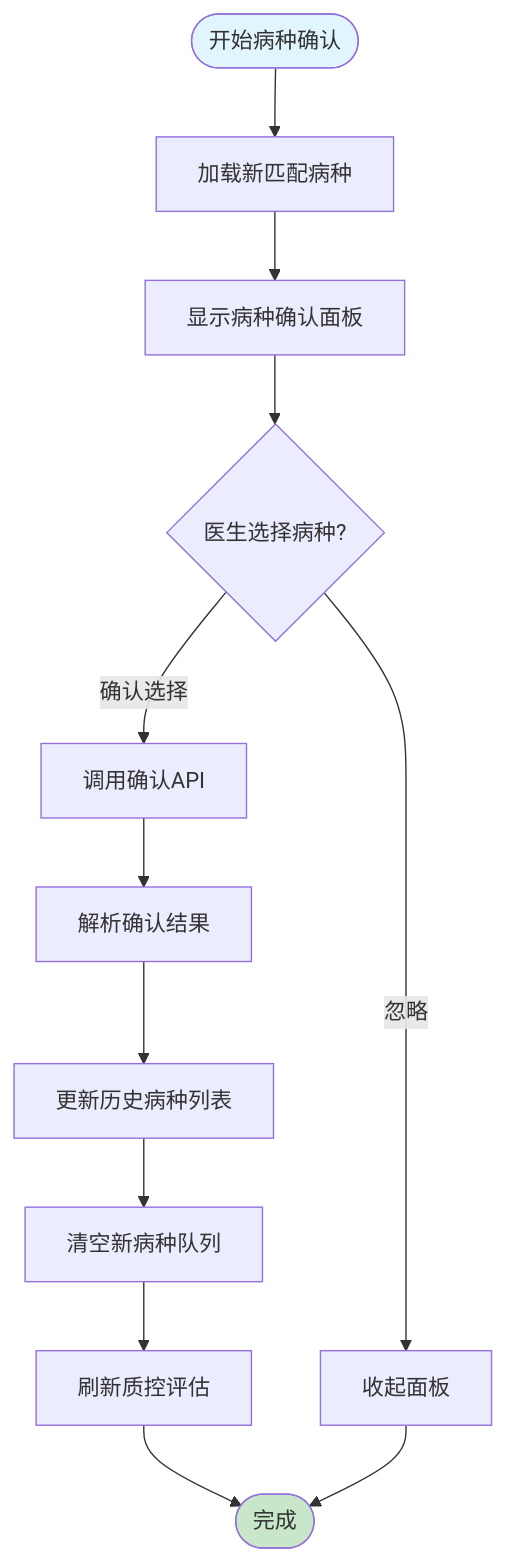
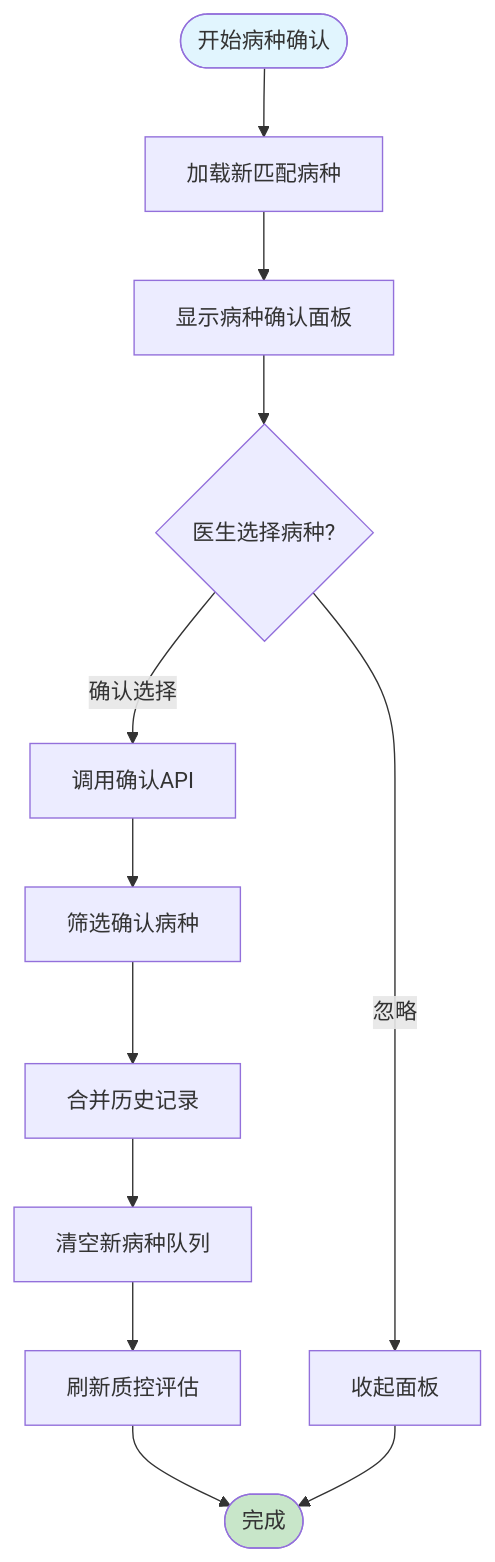
Before and after one commit to liuzh2008/med_ai_assistant_workspace: the fourth of 10 diagrams in .qoder/repowiki/zh/content/临床指引Tab.md, drawn with Mermaid. The commit also changed other lines of this file and 5 other files, not shown here.

````diff
--- a/.qoder/repowiki/zh/content/临床指引Tab.md
+++ b/.qoder/repowiki/zh/content/临床指引Tab.md
@@ -182,16 +237,16 @@
 ```mermaid
 flowchart TD
 Start([开始病种确认]) --> LoadData[加载新匹配病种]
 LoadData --> ShowPanel[显示病种确认面板]
 ShowPanel --> UserSelect{医生选择病种?}
 UserSelect --> |确认选择| ConfirmAPI[调用确认API]
 UserSelect --> |忽略| DismissPanel[收起面板]
-ConfirmAPI --> ParseResult[解析确认结果]
-ParseResult --> UpdateHistory[更新历史病种列表]
-UpdateHistory --> ClearNew[清空新病种队列]
+ConfirmAPI --> FilterDiseases[筛选确认病种]
+FilterDiseases --> MergeHistory[合并历史记录]
+MergeHistory --> ClearNew[清空新病种队列]
 ClearNew --> RefreshAssess[刷新质控评估]
 RefreshAssess --> End([完成])
 DismissPanel --> End
 style Start fill:#e1f5fe
 style End fill:#c8e6c9
 ```
````
